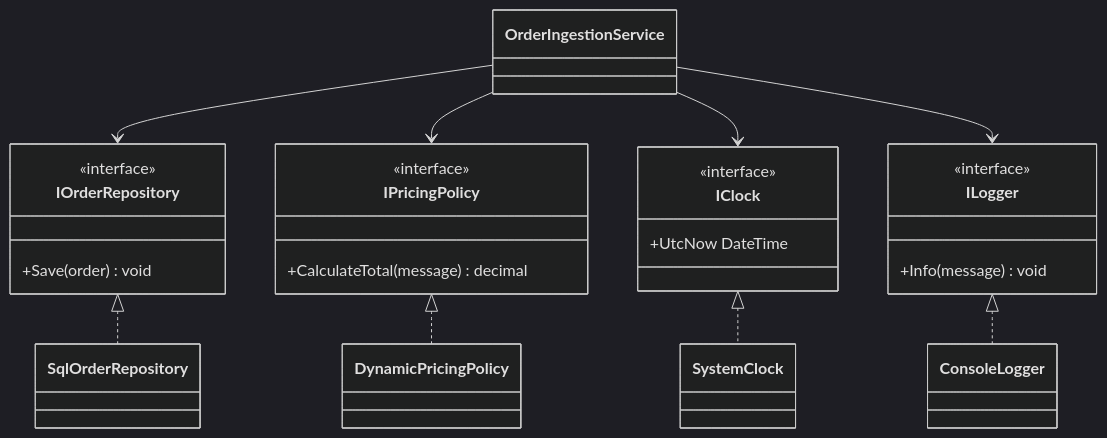
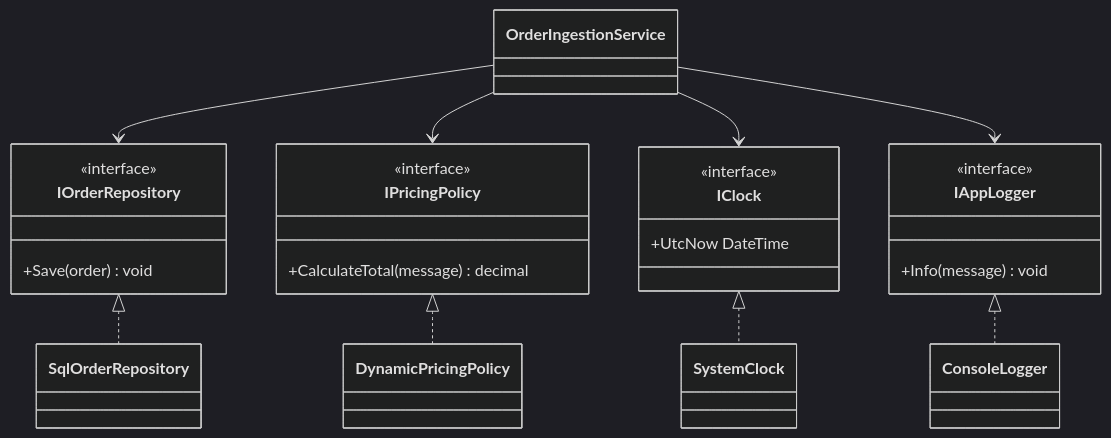
Before and after one commit to jeff-adkisson/swe-4743-spring-2026-oo-design: the seventh of 22 diagrams in presentations/10-dependency-injection.md, drawn with Mermaid (dark theme). The commit also changed other lines of this file and 2 other files, not shown here.

````diff
--- a/presentations/10-dependency-injection.md
+++ b/presentations/10-dependency-injection.md
@@ -492,36 +494,36 @@
 ```mermaid
 classDiagram
 direction TB
 
 class OrderIngestionService
 class IOrderRepository {
   <<interface>>
   +Save(order) void
 }
 class IPricingPolicy {
   <<interface>>
   +CalculateTotal(message) decimal
 }
 class IClock {
   <<interface>>
   +UtcNow DateTime
 }
-class ILogger {
+class IAppLogger {
   <<interface>>
   +Info(message) void
 }
 class SqlOrderRepository
 class DynamicPricingPolicy
 class SystemClock
 class ConsoleLogger
 
 OrderIngestionService --> IOrderRepository
 OrderIngestionService --> IPricingPolicy
 OrderIngestionService --> IClock
-OrderIngestionService --> ILogger
+OrderIngestionService --> IAppLogger
 
 IOrderRepository <|.. SqlOrderRepository
 IPricingPolicy <|.. DynamicPricingPolicy
 IClock <|.. SystemClock
-ILogger <|.. ConsoleLogger
+IAppLogger <|.. ConsoleLogger
 ```
````
